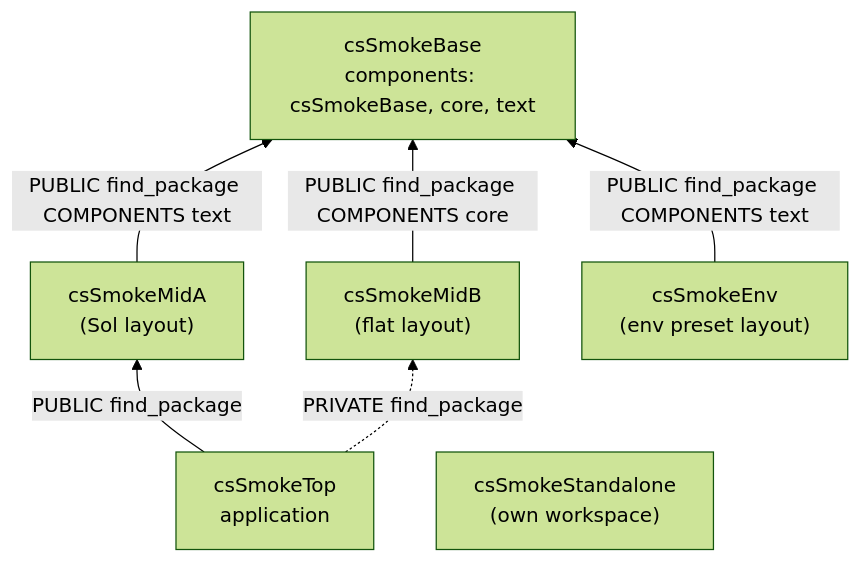
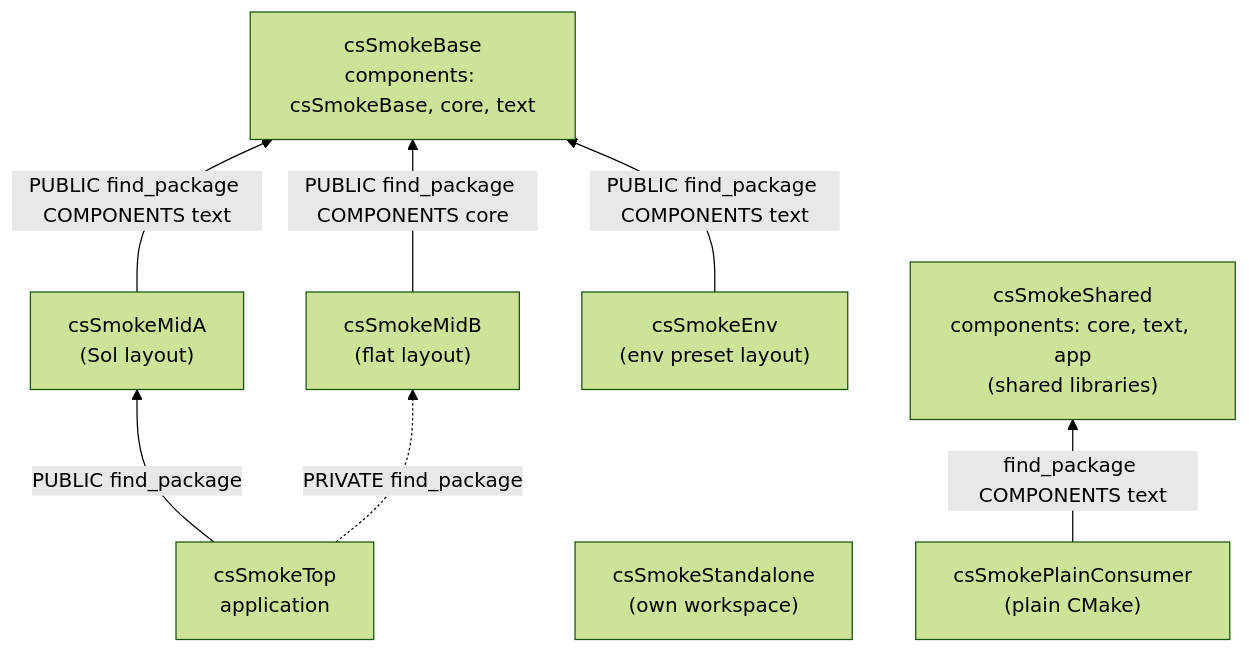
Before and after one commit to cscosine/csCMake: the first of 3 diagrams in docs/advanced/smoke-tests.md, drawn with Mermaid (forest theme). The commit also changed other lines of this file and 25 other files, not shown here.

First line of the commit message:
Phase 4c: shared libraries, install RPATH, plain consumer

````diff
--- a/docs/advanced/smoke-tests.md
+++ b/docs/advanced/smoke-tests.md
@@ -28,9 +30,10 @@
 ```mermaid
 flowchart BT
     midA["csSmokeMidA<br/>(Sol layout)"] -->|"PUBLIC find_package COMPONENTS text"| base["csSmokeBase<br/>components: csSmokeBase, core, text"]
     midB["csSmokeMidB<br/>(flat layout)"] -->|"PUBLIC find_package COMPONENTS core"| base
     top["csSmokeTop<br/>application"] -->|"PUBLIC find_package"| midA
     top -.->|"PRIVATE find_package"| midB
     env["csSmokeEnv<br/>(env preset layout)"] -->|"PUBLIC find_package COMPONENTS text"| base
     standalone["csSmokeStandalone<br/>(own workspace)"]
+    plain["csSmokePlainConsumer<br/>(plain CMake)"] -->|"find_package COMPONENTS text"| shared["csSmokeShared<br/>components: core, text, app<br/>(shared libraries)"]
 ```
````
